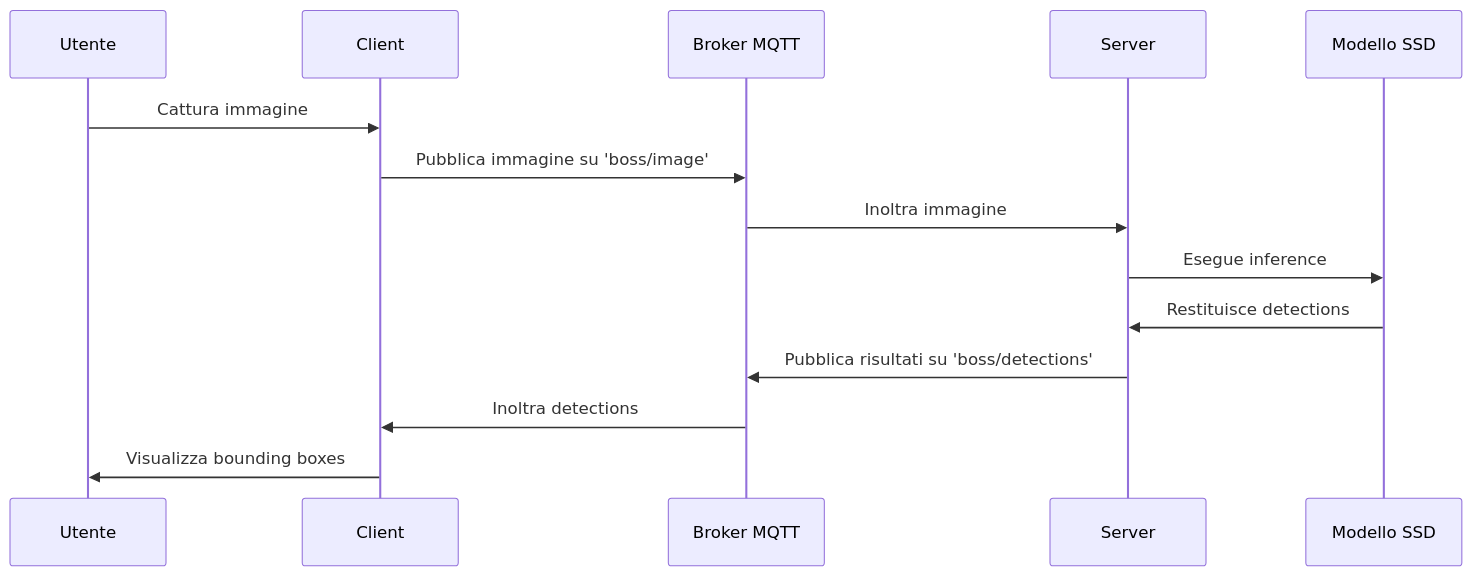
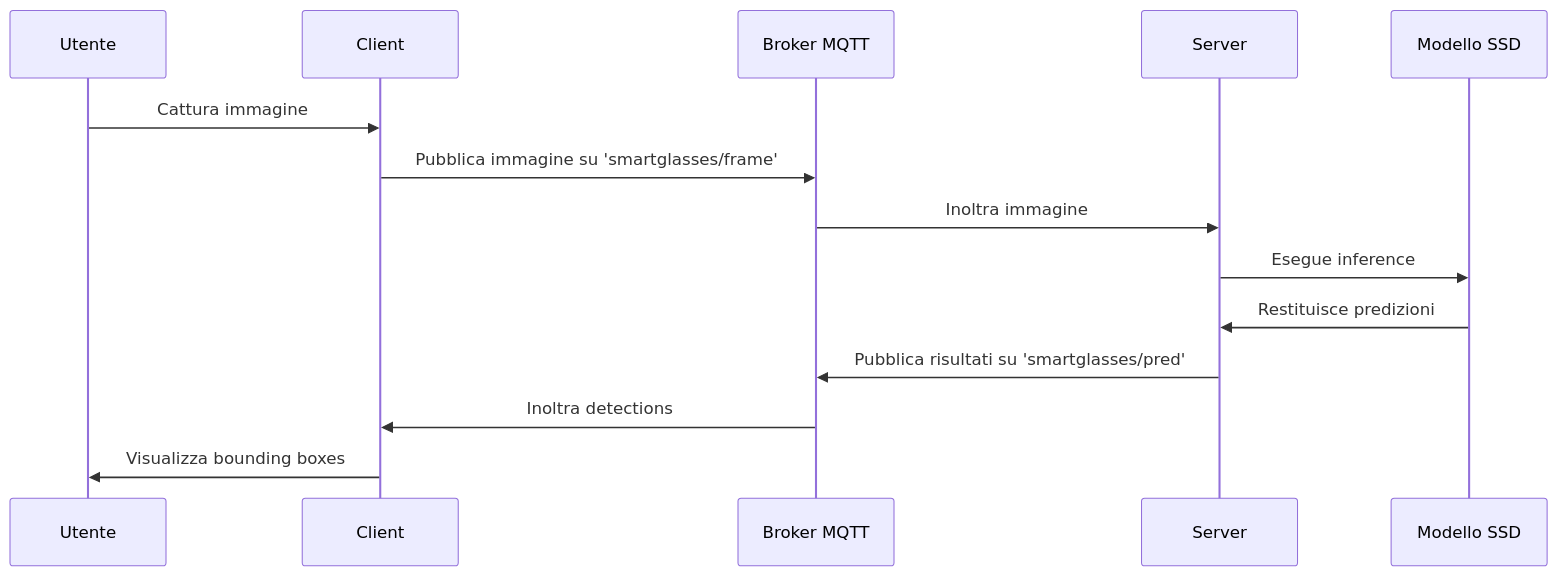
Before and after one commit to riccardosemeraro/B.O.S.S.-Branch-Bellusci-SSD300-VGG16: the third of 6 diagrams in README.md, drawn with Mermaid. The commit also changed other lines of this file and 2 other files, not shown here.

````diff
--- a/README.md
+++ b/README.md
@@ -337,33 +334,33 @@
 ```mermaid
 
 sequenceDiagram
 
 participant Utente
 
 participant Client
 
 participant Broker MQTT
 
 participant Server
 
 participant Modello SSD
 
   
 
 Utente->>Client: Cattura immagine
 
-Client->>Broker MQTT: Pubblica immagine su 'boss/image'
+Client->>Broker MQTT: Pubblica immagine su 'smartglasses/frame'
 
 Broker MQTT->>Server: Inoltra immagine
 
 Server->>Modello SSD: Esegue inference
 
-Modello SSD->>Server: Restituisce detections
+Modello SSD->>Server: Restituisce predizioni
 
-Server->>Broker MQTT: Pubblica risultati su 'boss/detections'
+Server->>Broker MQTT: Pubblica risultati su 'smartglasses/pred'
 
 Broker MQTT->>Client: Inoltra detections
 
 Client->>Utente: Visualizza bounding boxes
 
 ```
````
